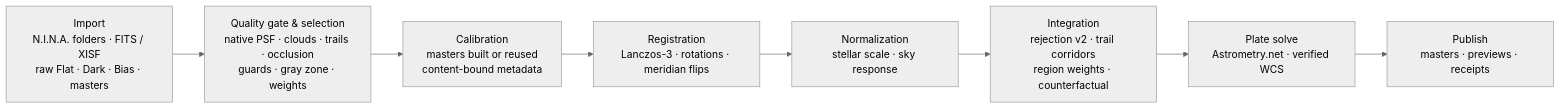
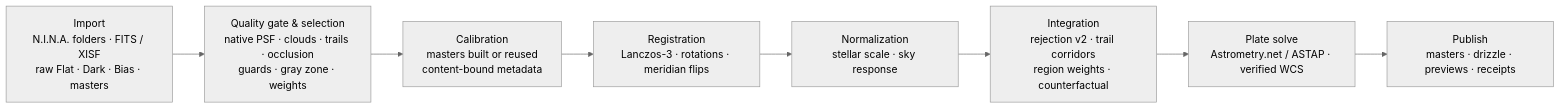
One commit to ShuoleiWang/Ultra-Fast-WBPP changed the diagram in README.md. Above: the diagram before and after it, drawn with Mermaid (neutral theme). The commit also changed other lines of this file and 21 other files, not shown here.

````diff
--- a/README.md
+++ b/README.md
@@ -53,10 +88,10 @@
 ```mermaid
 flowchart LR
   A["Import<br/>N.I.N.A. folders · FITS / XISF<br/>raw Flat · Dark · Bias · masters"] --> B["Quality gate & selection<br/>native PSF · clouds · trails · occlusion<br/>guards · gray zone · weights"]
   B --> C["Calibration<br/>masters built or reused<br/>content-bound metadata"]
   C --> D["Registration<br/>Lanczos-3 · rotations · meridian flips"]
   D --> E["Normalization<br/>stellar scale · sky response"]
   E --> F["Integration<br/>rejection v2 · trail corridors<br/>region weights · counterfactual"]
-  F --> G["Plate solve<br/>Astrometry.net · verified WCS"]
-  G --> H["Publish<br/>masters · previews · receipts"]
+  F --> G["Plate solve<br/>Astrometry.net / ASTAP · verified WCS"]
+  G --> H["Publish<br/>masters · drizzle · previews · receipts"]
 ```
````
